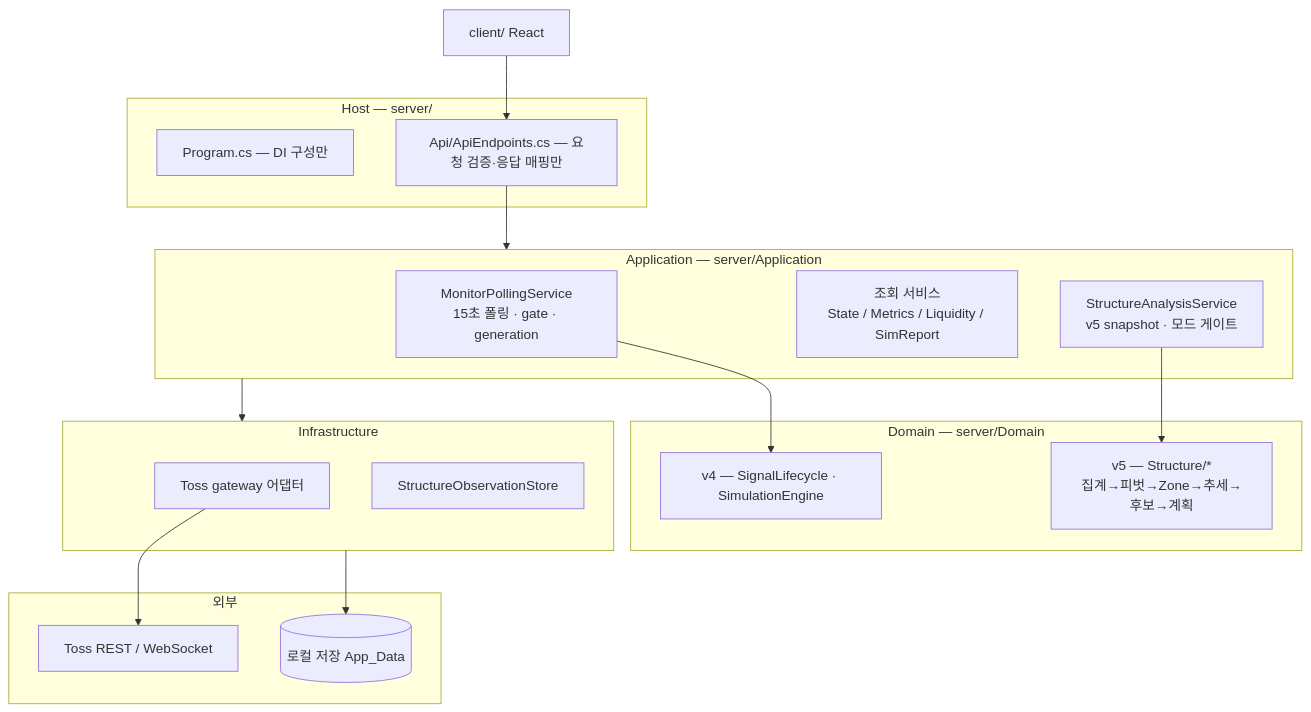
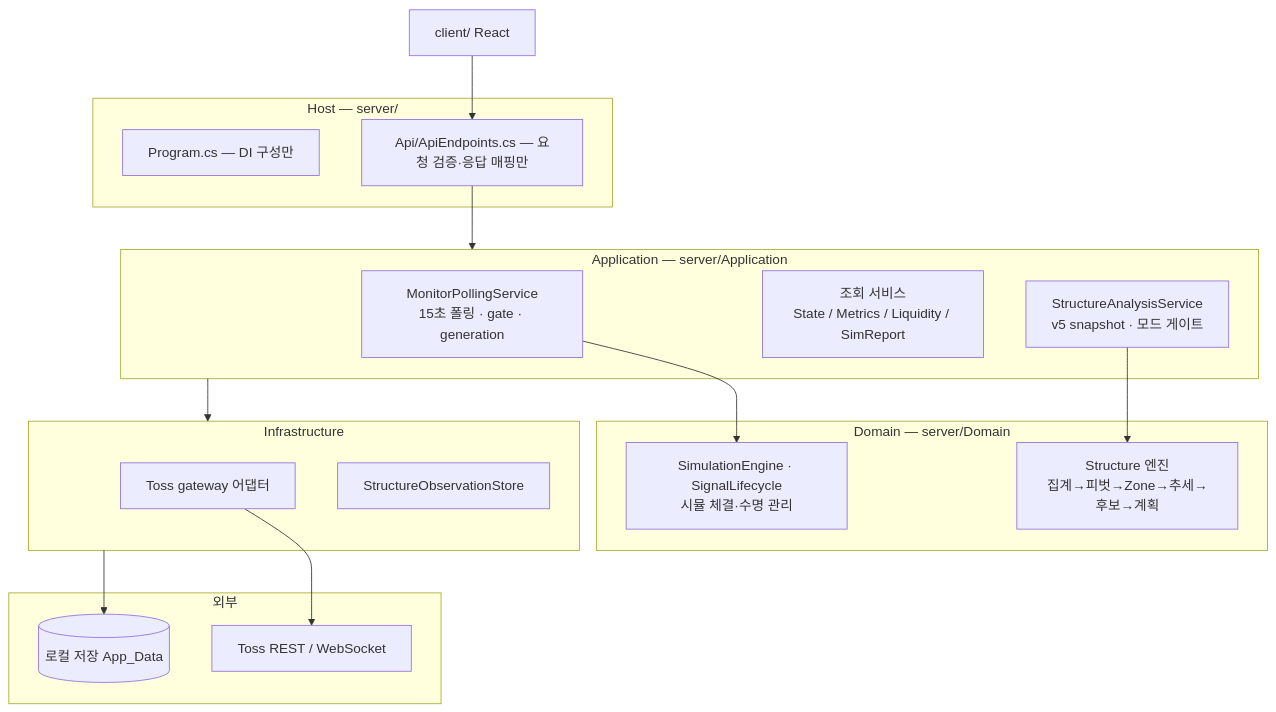
One commit to hyunpaper/NqWithAstara changed the fourth of 4 diagrams in README.md. Above: the diagram before and after it, drawn with Mermaid. The commit also changed other lines of this file, not shown here.

````diff
--- a/README.md
+++ b/README.md
@@ -126,31 +126,31 @@
 ```mermaid
 flowchart TB
     subgraph EXT[외부]
         TOSS[Toss REST / WebSocket]
         FS[(로컬 저장 App_Data)]
     end
     subgraph HOST[Host — server/]
         PROG[Program.cs — DI 구성만]
         API[Api/ApiEndpoints.cs — 요청 검증·응답 매핑만]
     end
     subgraph APP[Application — server/Application]
         POLL[MonitorPollingService<br>15초 폴링 · gate · generation]
         QRY[조회 서비스<br>State / Metrics / Liquidity / SimReport]
         SAS[StructureAnalysisService<br>v5 snapshot · 모드 게이트]
     end
     subgraph DOM[Domain — server/Domain]
-        V4[v4 — SignalLifecycle · SimulationEngine]
-        V5[v5 — Structure/*<br>집계→피벗→Zone→추세→후보→계획]
+        V5[Structure 엔진<br>집계→피벗→Zone→추세→후보→계획]
+        SIM[SimulationEngine · SignalLifecycle<br>시뮬 체결·수명 관리]
     end
     subgraph INFRA[Infrastructure]
         GW[Toss gateway 어댑터]
         OBS[StructureObservationStore]
     end
     FE[client/ React] --> API
     API --> APP
-    POLL --> V4
+    POLL --> SIM
     SAS --> V5
     APP --> INFRA
     GW --> TOSS
     INFRA --> FS
 ```
````
